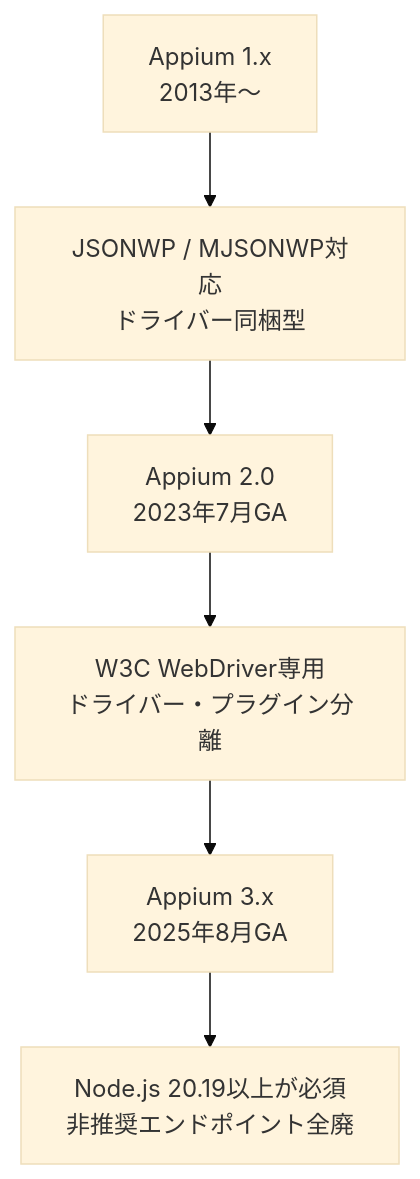
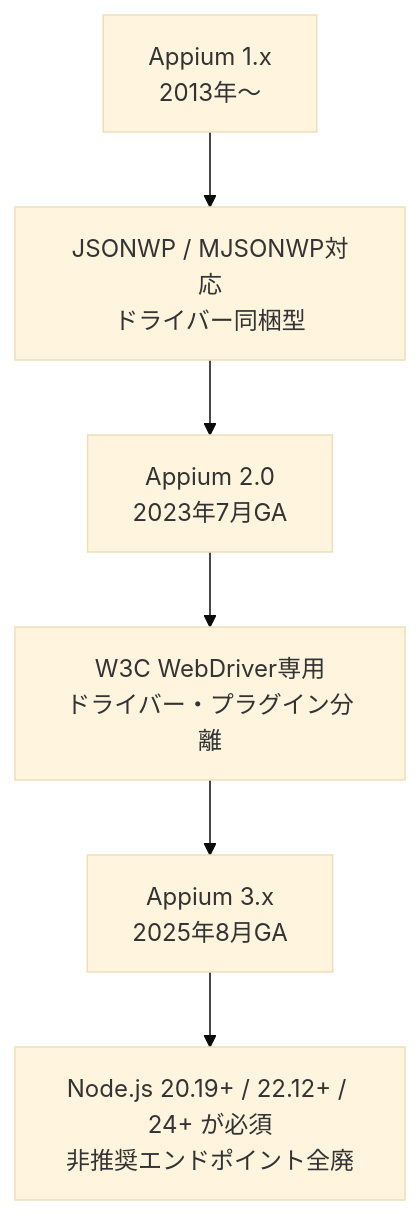
One commit to myoshi2891/Quality-Assurance-Studies changed the second of 7 diagrams in Appium-essentials-guide.md. Above: the diagram before and after it, drawn with Mermaid (base theme). The commit also changed other lines of this file, not shown here.

````diff
--- a/Appium-essentials-guide.md
+++ b/Appium-essentials-guide.md
@@ -99,8 +99,8 @@
 ```mermaid
 flowchart TD
     A["Appium 1.x<br/>2013年〜"] --> B["JSONWP / MJSONWP対応<br/>ドライバー同梱型"]
     B --> C["Appium 2.0<br/>2023年7月GA"]
     C --> D["W3C WebDriver専用<br/>ドライバー・プラグイン分離"]
     D --> E["Appium 3.x<br/>2025年8月GA"]
-    E --> F["Node.js 20.19以上が必須<br/>非推奨エンドポイント全廃"]
+    E --> F["Node.js 20.19+ / 22.12+ / 24+ が必須<br/>非推奨エンドポイント全廃"]
 ```
````
